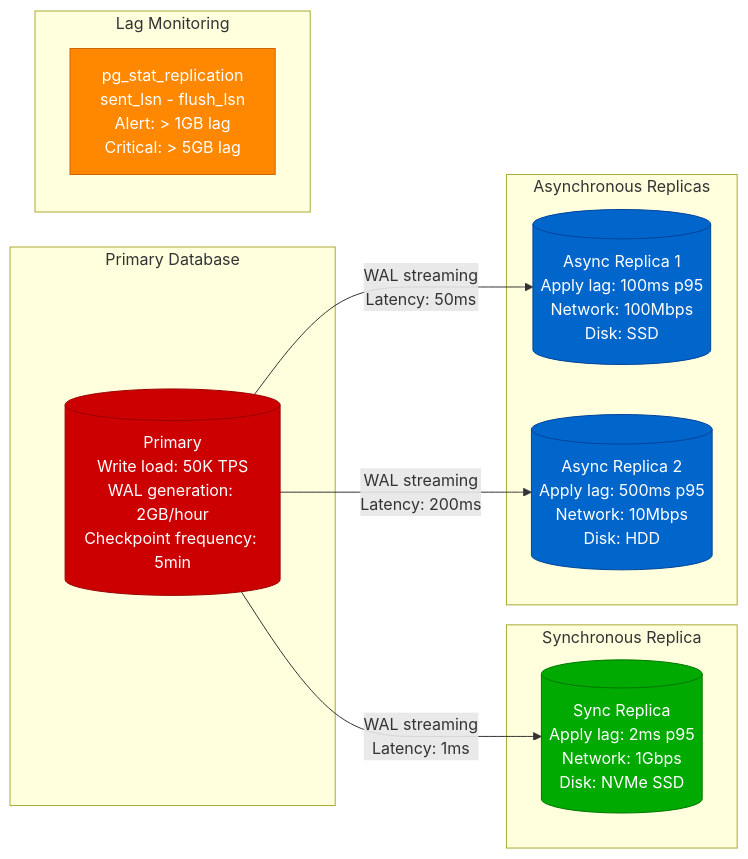
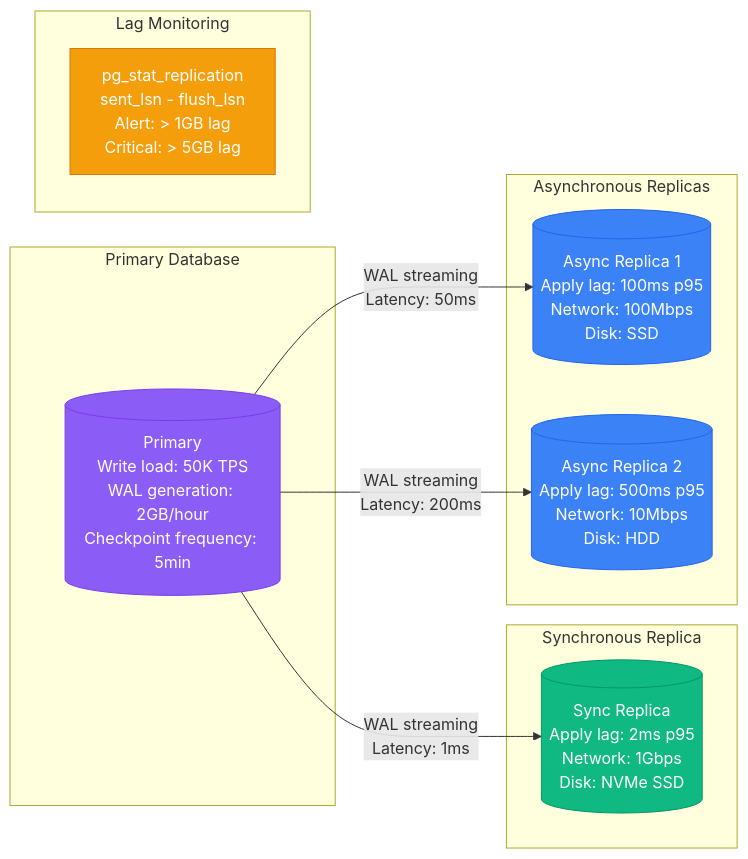
The fifth of 10 diagrams in site/docs/performance/postgresql-performance-profile.md (deepaucksharma/DS), drawn with Mermaid before and after one commit. The commit also changed other lines of this file and 303 other files, not shown here.

````diff
--- a/site/docs/performance/postgresql-performance-profile.md
+++ b/site/docs/performance/postgresql-performance-profile.md
@@ -155,33 +155,33 @@
 ```mermaid
 graph LR
     subgraph "Primary Database"
         P1[(Primary<br/>Write load: 50K TPS<br/>WAL generation: 2GB/hour<br/>Checkpoint frequency: 5min)]
     end
 
     subgraph "Synchronous Replica"
         S1[(Sync Replica<br/>Apply lag: 2ms p95<br/>Network: 1Gbps<br/>Disk: NVMe SSD)]
     end
 
     subgraph "Asynchronous Replicas"
         A1[(Async Replica 1<br/>Apply lag: 100ms p95<br/>Network: 100Mbps<br/>Disk: SSD)]
         A2[(Async Replica 2<br/>Apply lag: 500ms p95<br/>Network: 10Mbps<br/>Disk: HDD)]
     end
 
     P1 -->|WAL streaming<br/>Latency: 1ms| S1
     P1 -->|WAL streaming<br/>Latency: 50ms| A1
     P1 -->|WAL streaming<br/>Latency: 200ms| A2
 
     subgraph "Lag Monitoring"
         M1[pg_stat_replication<br/>sent_lsn - flush_lsn<br/>Alert: > 1GB lag<br/>Critical: > 5GB lag]
     end
 
-    classDef primaryStyle fill:#CC0000,stroke:#990000,color:#fff
-    classDef syncStyle fill:#00AA00,stroke:#007700,color:#fff
-    classDef asyncStyle fill:#0066CC,stroke:#004499,color:#fff
-    classDef monitorStyle fill:#FF8800,stroke:#CC6600,color:#fff
+    classDef primaryStyle fill:#8B5CF6,stroke:#7C3AED,color:#fff
+    classDef syncStyle fill:#10B981,stroke:#059669,color:#fff
+    classDef asyncStyle fill:#3B82F6,stroke:#2563EB,color:#fff
+    classDef monitorStyle fill:#F59E0B,stroke:#D97706,color:#fff
 
     class P1 primaryStyle
     class S1 syncStyle
     class A1,A2 asyncStyle
     class M1 monitorStyle
 ```
````
